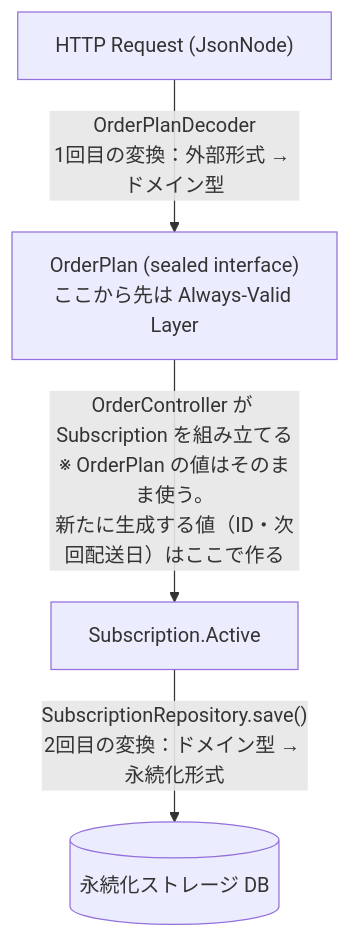
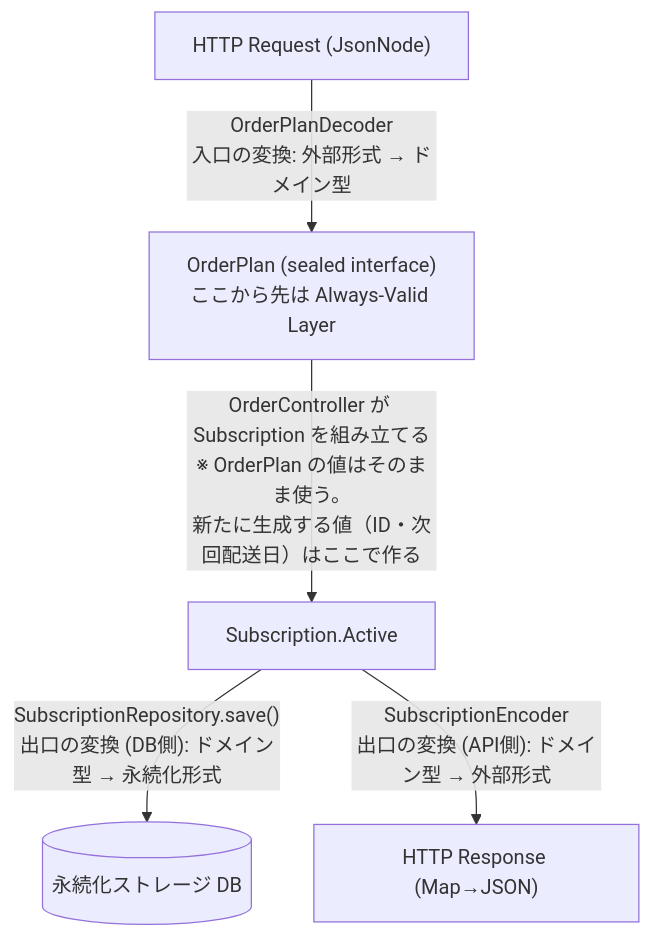
One commit to kawasima/ddd-detachment changed the first of 5 diagrams in books/ddd-detachment/part4-ch11-decoder-as-glue.md. Above: the diagram before and after it, drawn with Mermaid. The commit also changed other lines of this file and 7 other files, not shown here.

````diff
--- a/books/ddd-detachment/part4-ch11-decoder-as-glue.md
+++ b/books/ddd-detachment/part4-ch11-decoder-as-glue.md
@@ -9,10 +9,12 @@
 ```mermaid
 flowchart TD
     A["HTTP Request (JsonNode)"]
     B["OrderPlan (sealed interface)<br/>ここから先は Always-Valid Layer"]
     C["Subscription.Active"]
     D[(永続化ストレージ DB)]
-    A -->|"OrderPlanDecoder<br/>1回目の変換：外部形式 → ドメイン型"| B
+    E["HTTP Response (Map→JSON)"]
+    A -->|"OrderPlanDecoder<br/>入口の変換: 外部形式 → ドメイン型"| B
     B -->|"OrderController が Subscription を組み立てる<br/>※ OrderPlan の値はそのまま使う。<br/>新たに生成する値（ID・次回配送日）はここで作る"| C
-    C -->|"SubscriptionRepository.save()<br/>2回目の変換：ドメイン型 → 永続化形式"| D
+    C -->|"SubscriptionRepository.save()<br/>出口の変換 (DB側): ドメイン型 → 永続化形式"| D
+    C -->|"SubscriptionEncoder<br/>出口の変換 (API側): ドメイン型 → 外部形式"| E
 ```
````
